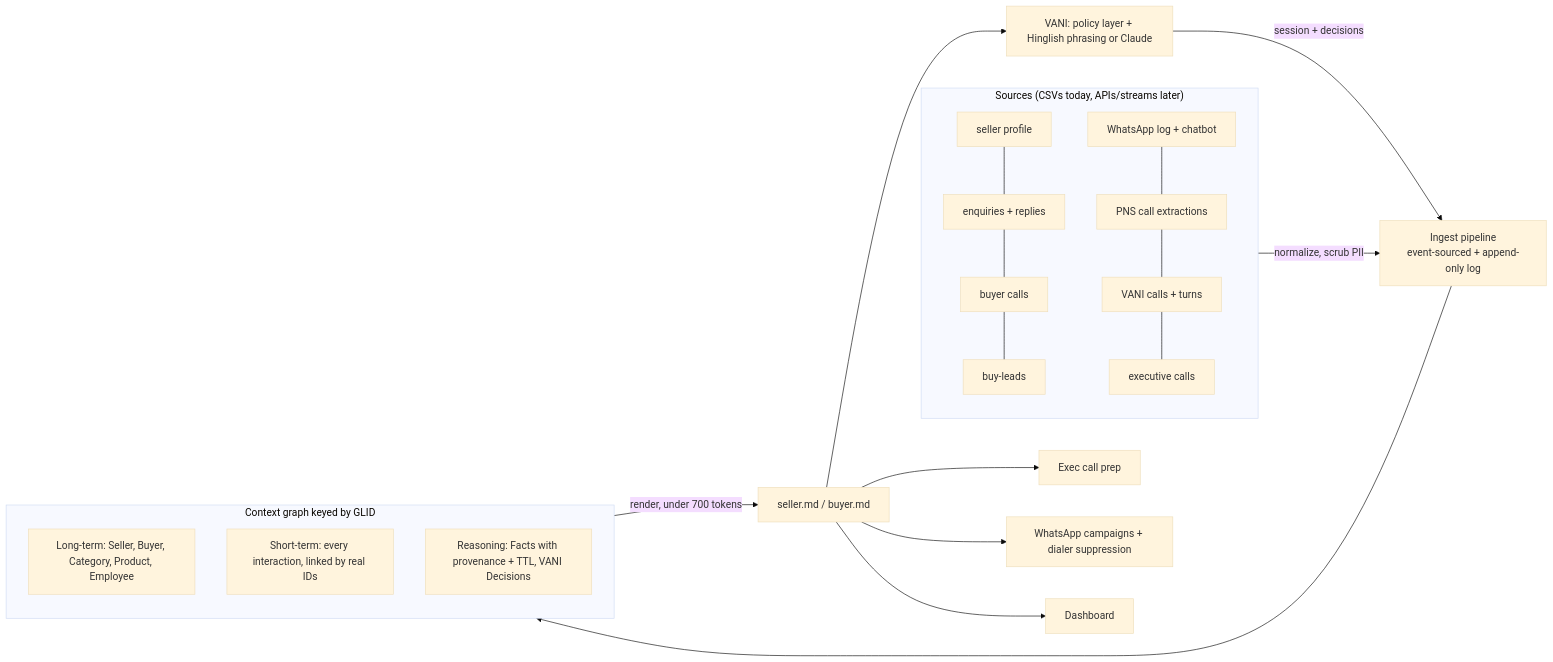
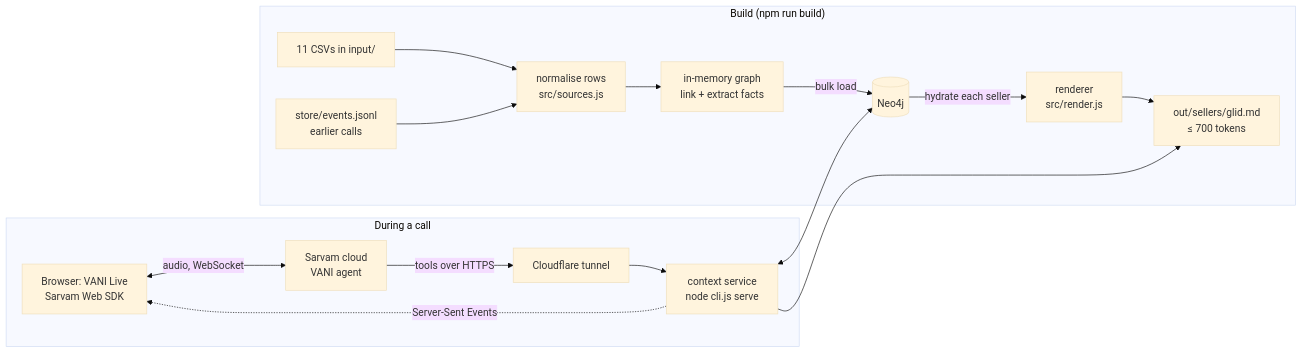
Before and after one commit to paranjay-im/Vani-Smriti: the diagram in README.md, drawn with Mermaid (base theme). The commit also changed other lines of this file and 32 other files, not shown here.

First line of the commit message:
Add new agent tools and replay session data; enhance testing for meetings and callbacks

````diff
--- a/README.md
+++ b/README.md
@@ -20,18 +116,19 @@
 ```mermaid
 flowchart LR
-  subgraph Sources["Sources (CSVs today, APIs/streams later)"]
-    P[seller profile] --- E[enquiries + replies] --- C[buyer calls] --- B[buy-leads]
-    W[WhatsApp log + chatbot] --- X[PNS call extractions] --- V[VANI calls + turns] --- EX[executive calls]
+  subgraph Offline["Build (npm run build)"]
+    CSV[11 CSVs in input/] --> NORM[normalise rows<br/>src/sources.js]
+    LOG[store/events.jsonl<br/>earlier calls] --> NORM
+    NORM --> MEM[in-memory graph<br/>link + extract facts]
+    MEM -->|bulk load| NEO[(Neo4j)]
+    NEO -->|hydrate each seller| REN[renderer<br/>src/render.js]
+    REN --> MD[out/sellers/glid.md<br/>≤ 700 tokens]
   end
-  Sources -->|normalize, scrub PII| ING[Ingest pipeline<br/>event-sourced + append-only log]
-  ING --> G[(Context graph)]
-  subgraph G[Context graph keyed by GLID]
-    LT[Long-term: Seller, Buyer, Category, Product, Employee]
-    ST[Short-term: every interaction, linked by real IDs]
-    RM[Reasoning: Facts with provenance + TTL, VANI Decisions]
+  subgraph Live["During a call"]
+    BR[Browser: VANI Live<br/>Sarvam Web SDK] <-->|audio, WebSocket| SV[Sarvam cloud<br/>VANI agent]
+    SV -->|tools over HTTPS| TUN[Cloudflare tunnel]
+    TUN --> SRV[context service<br/>node cli.js serve]
+    SRV <--> NEO
+    SRV --> MD
+    SRV -.->|Server-Sent Events| BR
   end
-  G -->|render, under 700 tokens| MD[seller.md / buyer.md]
-  MD --> BOT[VANI: policy layer + Hinglish phrasing or Claude]
-  BOT -->|session + decisions| ING
-  MD --> R1[Exec call prep] & R2[WhatsApp campaigns + dialer suppression] & R3[Dashboard]
 ```
````
